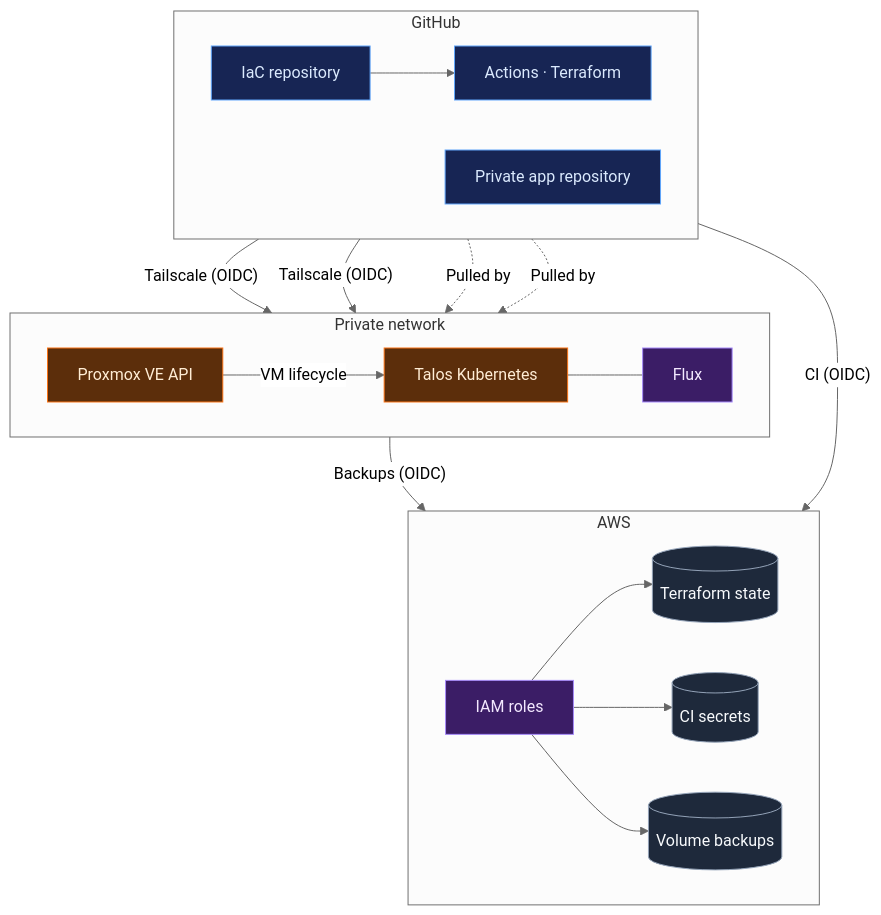
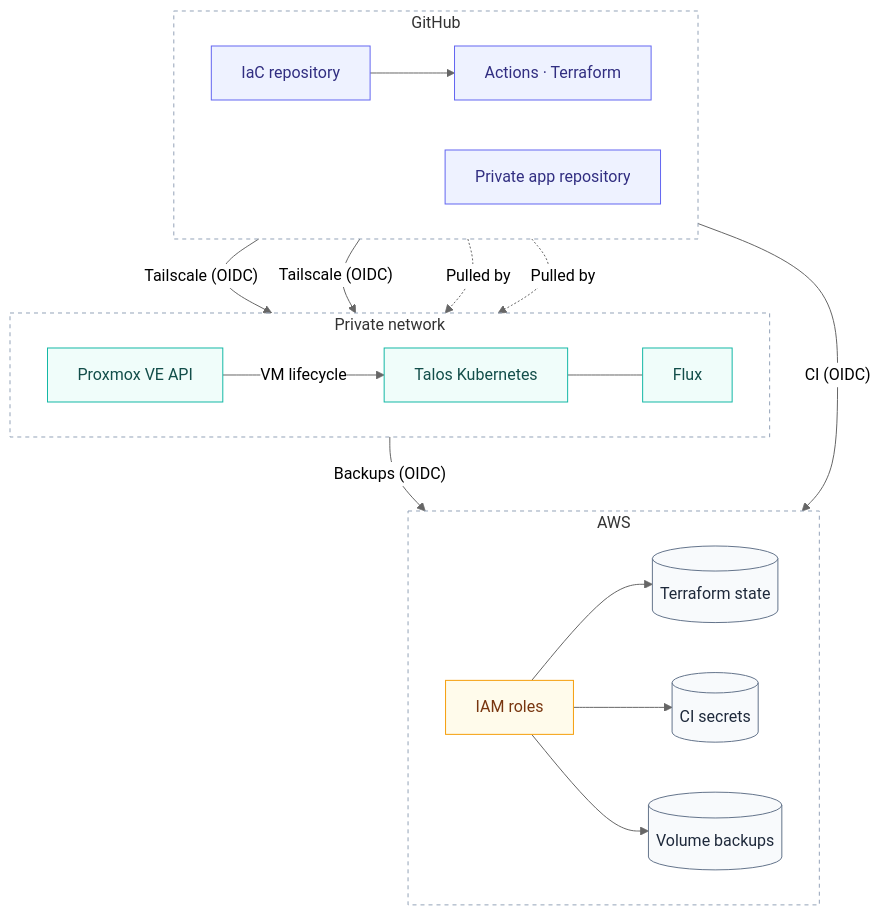
The diagram in README.md (rauland/iac), drawn with Mermaid (neutral theme) before and after one commit.

Commit message:
Colour the architecture diagram by role instead of by product
Soft fills for code, runtime, identity and data, and dashed outlines for
the GitHub, private network and AWS groups. The diagram reads the same on
GitHub's light and dark themes.

Claude-Session: https://claude.ai/code/session_01GaWU1W6epJg7bgDswMPmiT

````diff
--- a/README.md
+++ b/README.md
@@ -31,38 +31,40 @@
 ```mermaid
 flowchart TB
     subgraph github["GitHub"]
         direction LR
         repo["IaC repository"] --> actions["Actions · Terraform"]
         apps["Private app repository"]
     end
 
     subgraph homelab["Private network"]
         direction LR
         proxmox["Proxmox VE API"] -->|VM lifecycle| talos["Talos Kubernetes"]
         talos --- flux["Flux"]
     end
 
     subgraph aws["AWS"]
         direction LR
         iam["IAM roles"] --> state[("Terraform state")]
         iam --> ssm[("CI secrets")]
         iam --> backups[("Volume backups")]
     end
 
     actions -->|"Tailscale (OIDC)"| proxmox
     actions -->|"Tailscale (OIDC)"| talos
     actions -->|"CI (OIDC)"| iam
     talos -->|"Backups (OIDC)"| iam
     repo -.->|Pulled by| flux
     apps -.->|Pulled by| flux
 
-    classDef automation fill:#172554,stroke:#60A5FA,color:#DBEAFE
-    classDef provisioning fill:#3B1D66,stroke:#A78BFA,color:#F3E8FF
-    classDef storage fill:#1E293B,stroke:#94A3B8,color:#F8FAFC
-    classDef infrastructure fill:#5C2E0B,stroke:#F97316,color:#FFEDD5
+    classDef source fill:#EEF2FF,stroke:#6366F1,color:#312E81
+    classDef runtime fill:#F0FDFA,stroke:#14B8A6,color:#134E4A
+    classDef identity fill:#FFFBEB,stroke:#F59E0B,color:#78350F
+    classDef data fill:#F8FAFC,stroke:#64748B,color:#1E293B
+    classDef group fill:none,stroke:#94A3B8,stroke-dasharray:4 4
 
-    class repo,apps,actions automation
-    class iam,flux provisioning
-    class state,ssm,backups storage
-    class proxmox,talos infrastructure
+    class repo,apps,actions source
+    class proxmox,talos,flux runtime
+    class iam identity
+    class state,ssm,backups data
+    class github,homelab,aws group
 ```
````
